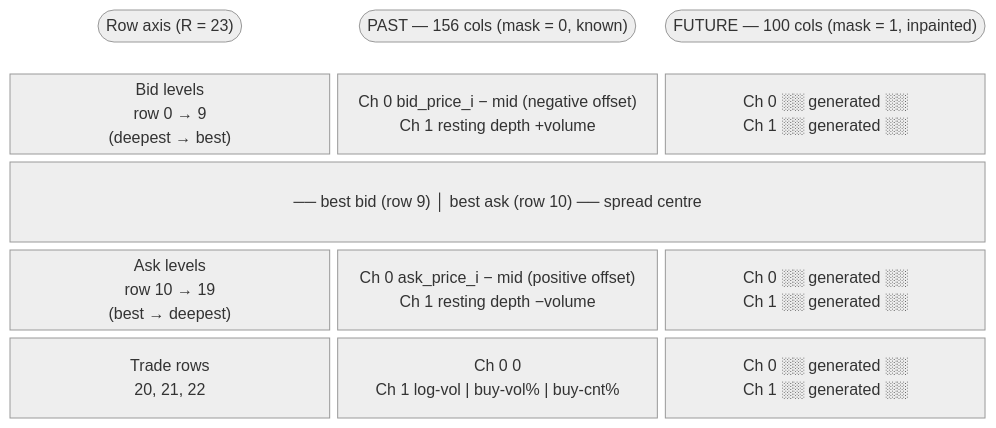
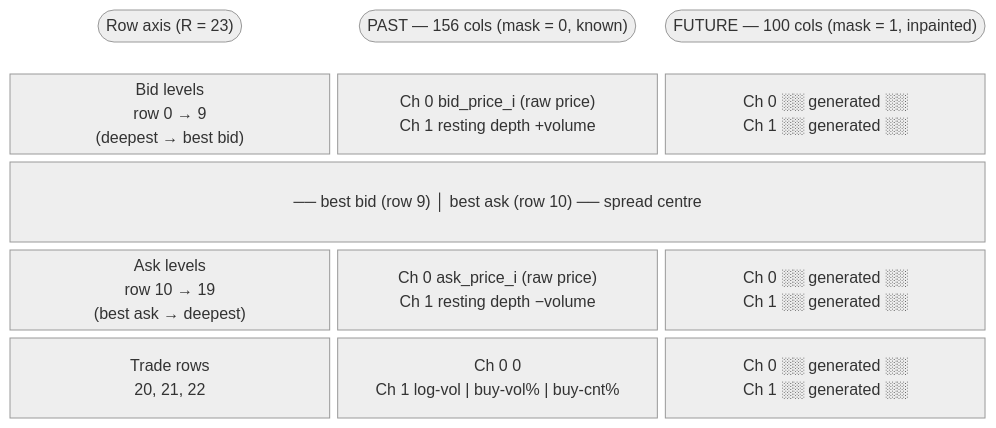
The second of 4 diagrams in README.md (ArshiAbolghasemi/Penny), drawn with Mermaid (neutral theme) before and after one commit. The commit also changed other lines of this file and 47 other files, not shown here.

````diff
--- a/README.md
+++ b/README.md
@@ -153,21 +127,21 @@
 ```mermaid
 block-beta
   columns 3
   rl(["Row axis  (R = 23)"]):1
   past(["PAST — 156 cols  (mask = 0, known)"]):1
   future(["FUTURE — 100 cols  (mask = 1, inpainted)"]):1
 
-  bid_label["Bid levels\nrow 0 → 9\n(deepest → best)"]:1
-  bid_past["Ch 0  bid_price_i − mid  (negative offset)\nCh 1  resting depth  +volume"]:1
+  bid_label["Bid levels\nrow 0 → 9\n(deepest → best bid)"]:1
+  bid_past["Ch 0  bid_price_i  (raw price)\nCh 1  resting depth  +volume"]:1
   bid_fut["Ch 0  ░░ generated ░░\nCh 1  ░░ generated ░░"]:1
 
   sp["── best bid (row 9)  │  best ask (row 10) ── spread centre"]:3
 
-  ask_label["Ask levels\nrow 10 → 19\n(best → deepest)"]:1
-  ask_past["Ch 0  ask_price_i − mid  (positive offset)\nCh 1  resting depth  −volume"]:1
+  ask_label["Ask levels\nrow 10 → 19\n(best ask → deepest)"]:1
+  ask_past["Ch 0  ask_price_i  (raw price)\nCh 1  resting depth  −volume"]:1
   ask_fut["Ch 0  ░░ generated ░░\nCh 1  ░░ generated ░░"]:1
 
   tr_label["Trade rows\n20, 21, 22"]:1
   tr_past["Ch 0  0\nCh 1  log-vol  |  buy-vol%  |  buy-cnt%"]:1
   tr_fut["Ch 0  ░░ generated ░░\nCh 1  ░░ generated ░░"]:1
 ```
````
